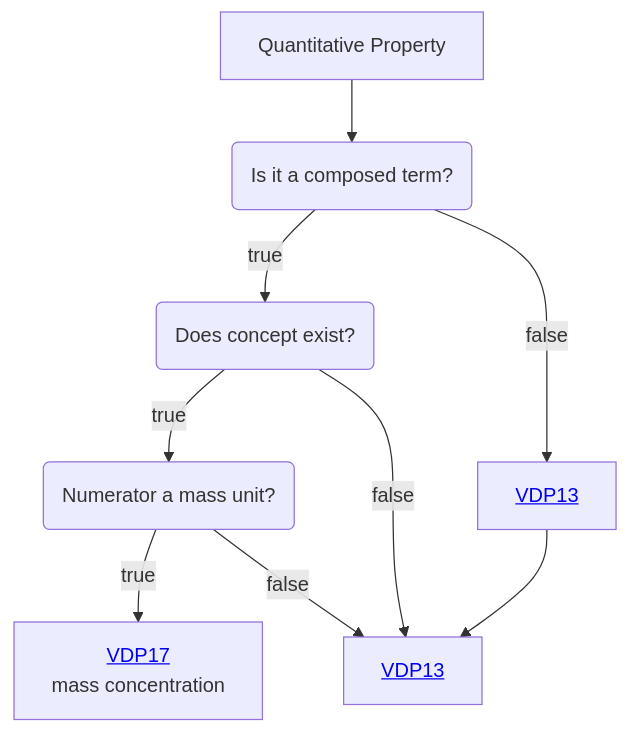
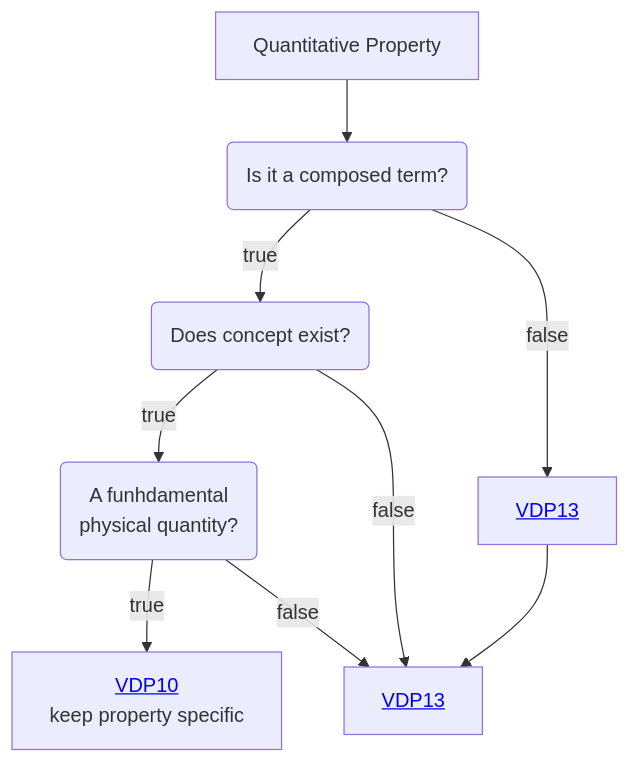
One commit to mabablue/I-ADOPT-patterns-playground changed the diagram in Decisition_trees/DT1.mmd. Above: the diagram before and after it, drawn with Mermaid.

```diff
--- a/Decisition_trees/DT1.mmd
+++ b/Decisition_trees/DT1.mmd
@@ -1,9 +1,9 @@
 flowchart TD
     A[Quantitative Property] --> B(Is it a composed term?)
     B --> |true|E(Does concept exist?)
     B --> |false|D[<a href='https://github.com/mabablue/I-ADOPT-patterns-playground/blob/main/pattern/VDP13.yaml'>VDP13</a>]
-    E -->|true|F(Numerator a mass unit?)
+    E -->|true|F(A funhdamental <br> physical quantity?)
     E --> |false|I
-    F --> |true|H[<a href='https://github.com/mabablue/I-ADOPT-patterns-playground/blob/main/pattern/VDP17.yaml'>VDP17</a> <br> mass concentration]
+    F --> |true|H[<a href='https://github.com/mabablue/I-ADOPT-patterns-playground/blob/main/pattern/VDP10.yaml'>VDP10</a> <br> keep property specific]
     D --> I[<a href='https://github.com/mabablue/I-ADOPT-patterns-playground/blob/main/pattern/VDP13.yaml'>VDP13</a>]
     F --> |false|I
```
